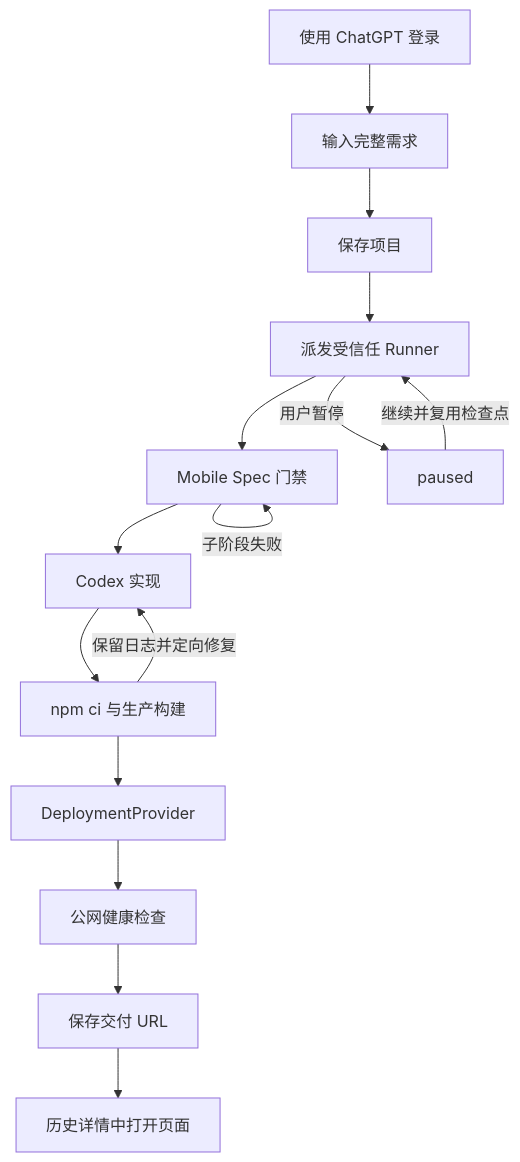
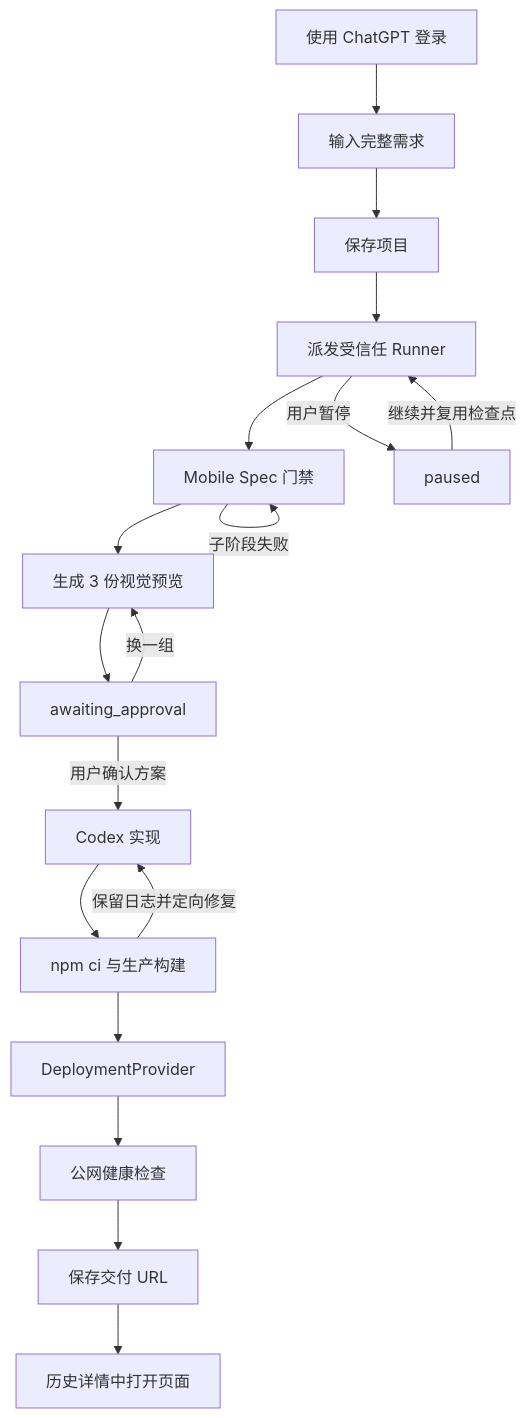
One commit to JonasQiu/mobile-app-build changed the diagram in docs/MVP产品说明.md. Above: the diagram before and after it, drawn with Mermaid. The commit also changed other lines of this file and 37 other files, not shown here.

Commit message:
feat: add preview approval gate before Codex

````diff
--- a/docs/MVP产品说明.md
+++ b/docs/MVP产品说明.md
@@ -11,17 +11,20 @@
 ```mermaid
 flowchart TD
   A[使用 ChatGPT 登录] --> B[输入完整需求]
   B --> C[保存项目]
   C --> D[派发受信任 Runner]
   D --> E[Mobile Spec 门禁]
   D -->|用户暂停| L[paused]
   L -->|继续并复用检查点| D
-  E --> F[Codex 实现]
+  E --> P[生成 3 份视觉预览]
+  P --> Q[awaiting_approval]
+  Q -->|换一组| P
+  Q -->|用户确认方案| F[Codex 实现]
   F --> G[npm ci 与生产构建]
   E -->|子阶段失败| E
   G -->|保留日志并定向修复| F
   G --> H[DeploymentProvider]
   H --> I[公网健康检查]
   I --> J[保存交付 URL]
   J --> K[历史详情中打开页面]
 ```
````
